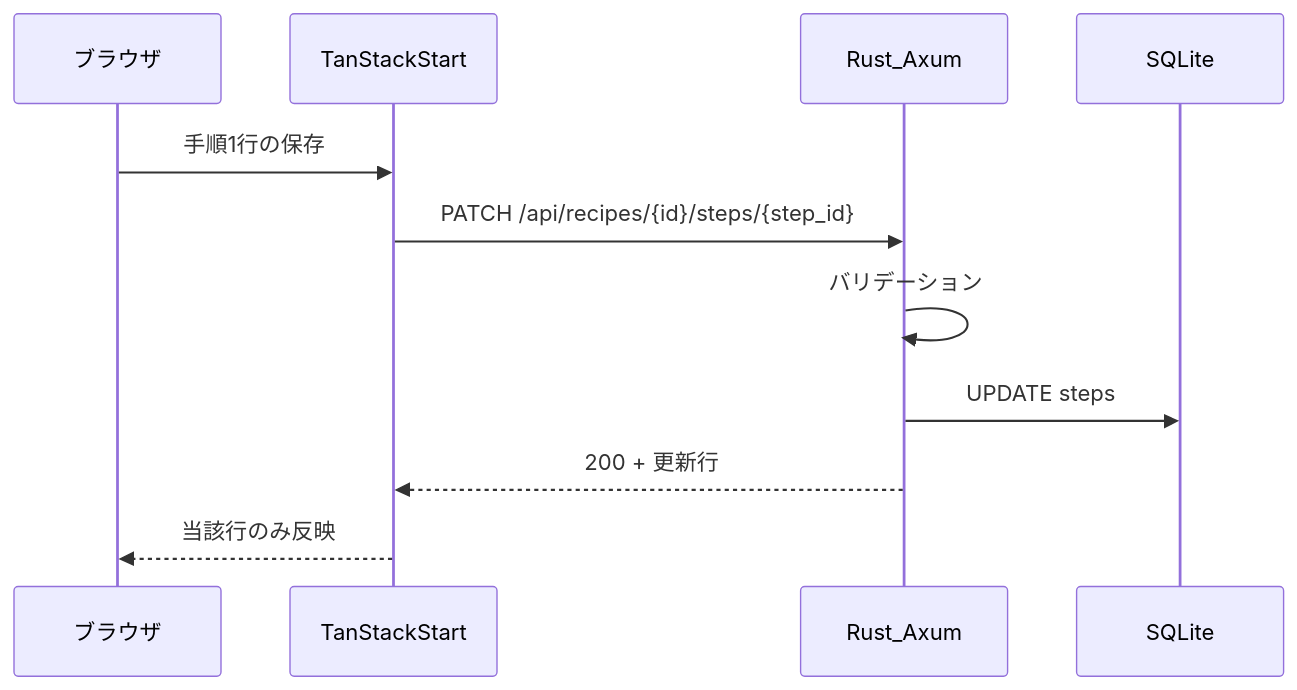
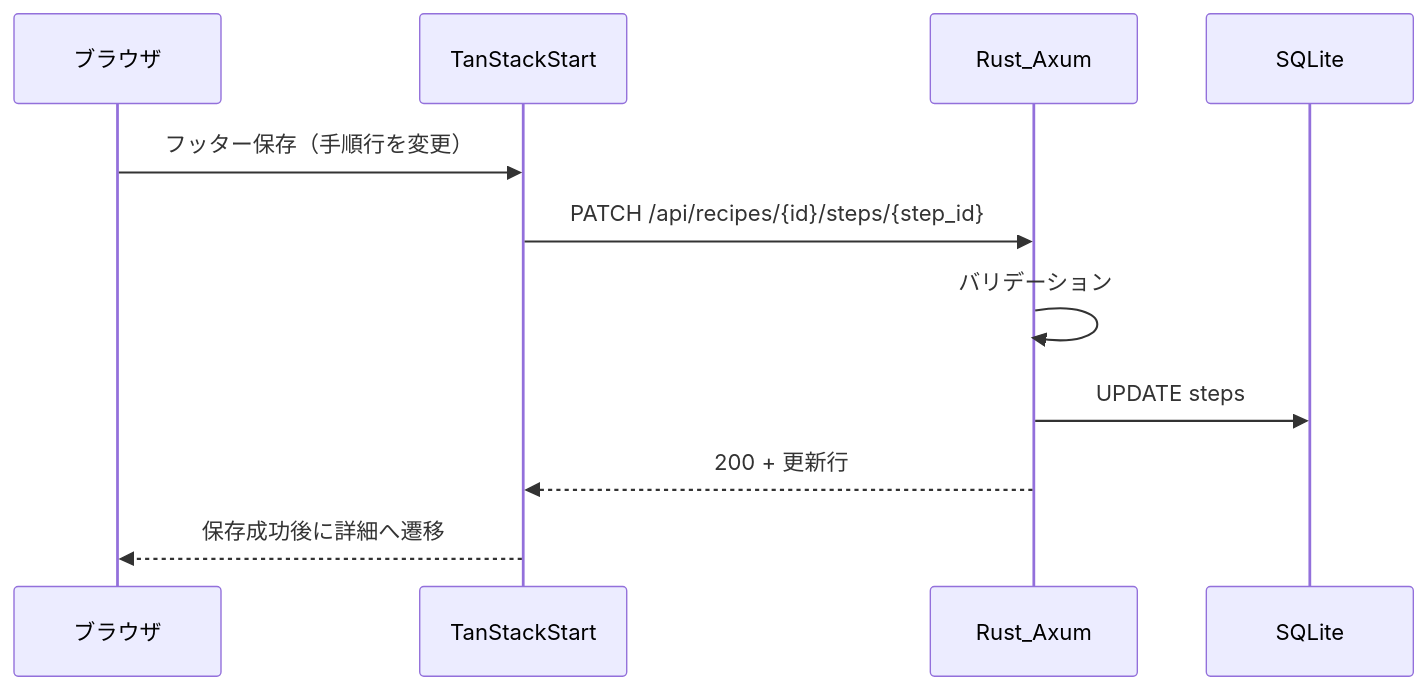
The third of 3 diagrams in docs/06-api.md (rikuto-web/recipe-app), drawn with Mermaid before and after one commit. The commit also changed other lines of this file and 33 other files, not shown here.

````diff
--- a/docs/06-api.md
+++ b/docs/06-api.md
@@ -363,14 +367,14 @@
 ```mermaid
 sequenceDiagram
   participant Browser as ブラウザ
   participant FE as TanStackStart
   participant API as Rust_Axum
   participant DB as SQLite
 
-  Browser->>FE: 手順1行の保存
+  Browser->>FE: フッター保存（手順行を変更）
   FE->>API: PATCH /api/recipes/{id}/steps/{step_id}
   API->>API: バリデーション
   API->>DB: UPDATE steps
   API-->>FE: 200 + 更新行
-  FE-->>Browser: 当該行のみ反映
+  FE-->>Browser: 保存成功後に詳細へ遷移
 ```
````
